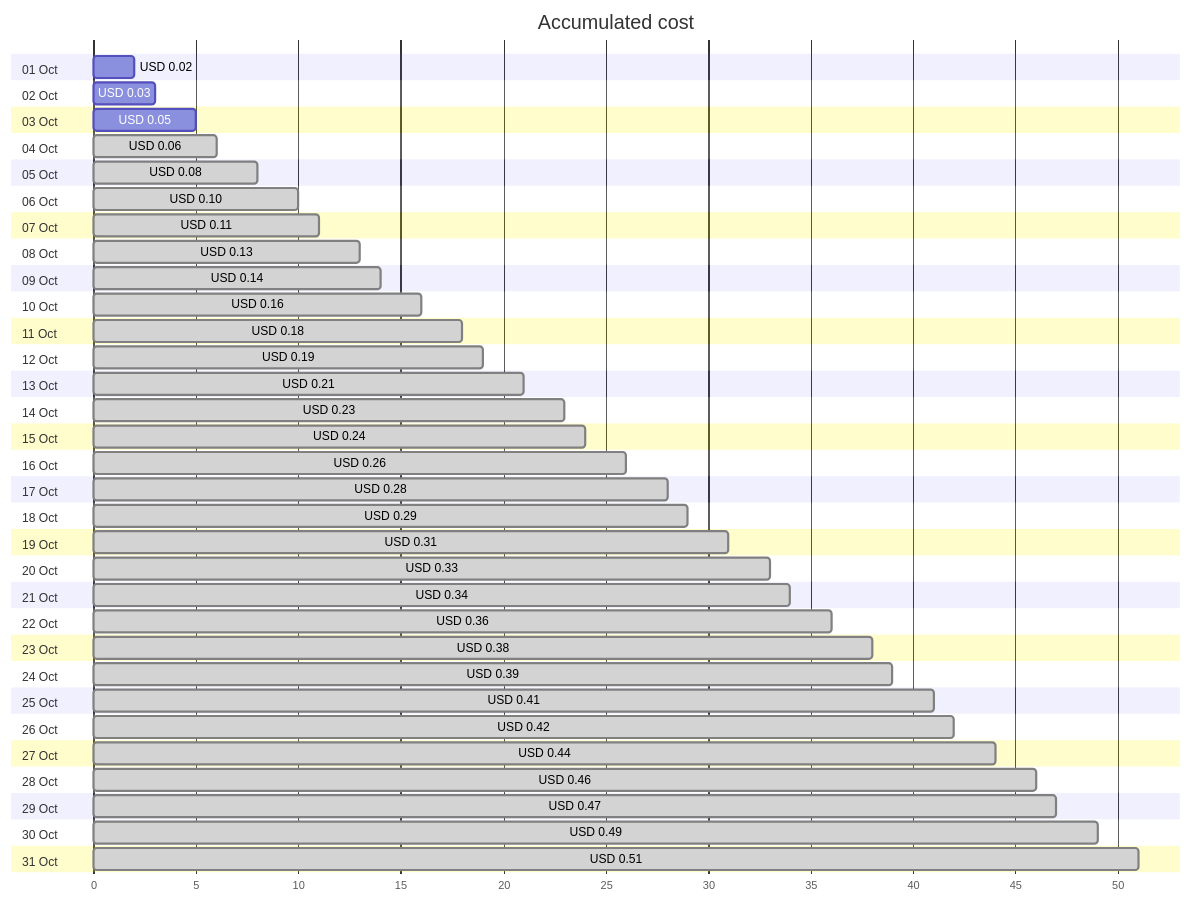
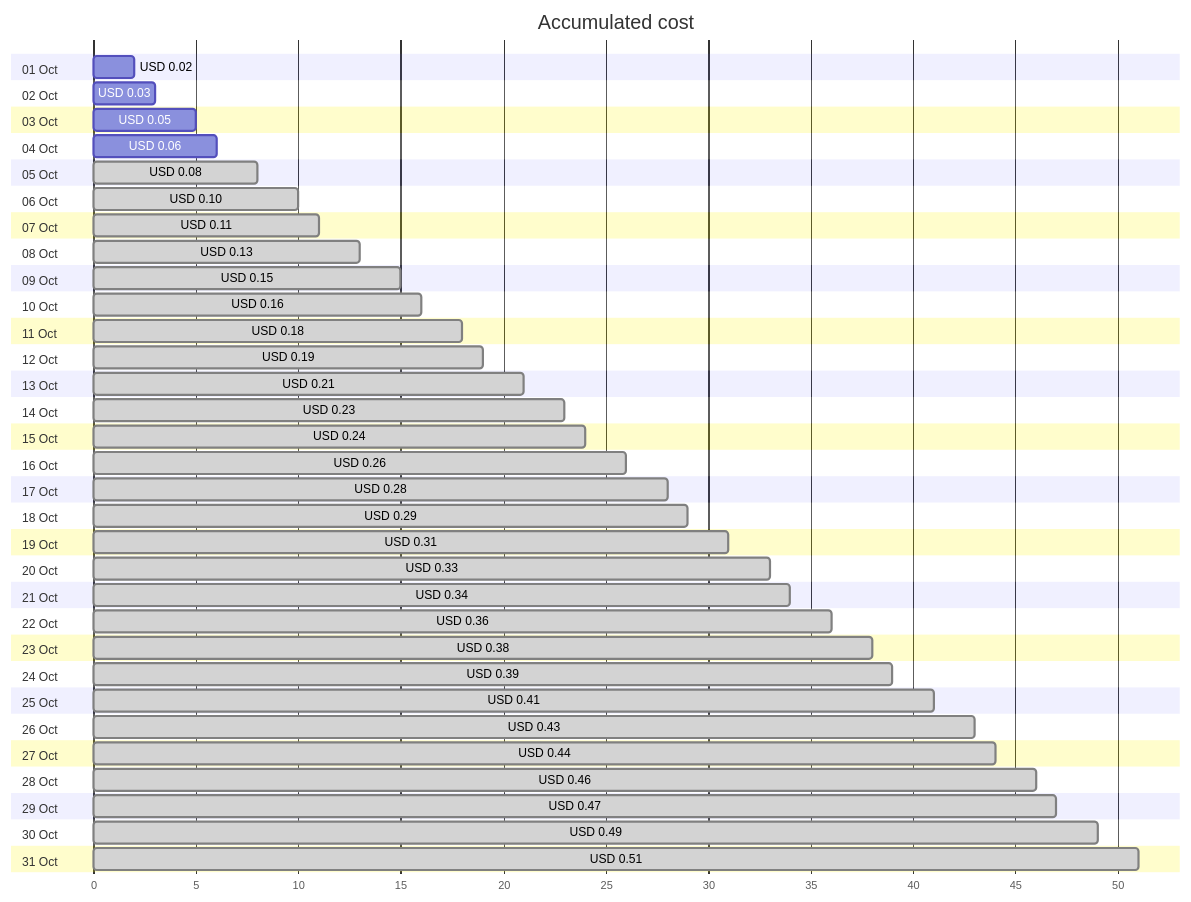
The first of 4 diagrams in cost-reports/personal-dns/jpatrickfulton.dev.md (jpfulton/azure-personal-reports), drawn with Mermaid before and after one commit. The commit also changed other lines of this file and 2 other files, not shown here.

````diff
--- a/cost-reports/personal-dns/jpatrickfulton.dev.md
+++ b/cost-reports/personal-dns/jpatrickfulton.dev.md
@@ -20,68 +20,68 @@
 ```mermaid
 gantt
    title Accumulated cost
    dateFormat  X
    axisFormat %s
    section 01 Oct
    USD 0.02 :0, 2
    section 02 Oct
    USD 0.03 :0, 3
    section 03 Oct
    USD 0.05 :0, 5
    section 04 Oct
-   USD 0.06 : done, 0, 6
+   USD 0.06 :0, 6
    section 05 Oct
    USD 0.08 : done, 0, 8
    section 06 Oct
    USD 0.10 : done, 0, 10
    section 07 Oct
    USD 0.11 : done, 0, 11
    section 08 Oct
    USD 0.13 : done, 0, 13
    section 09 Oct
-   USD 0.14 : done, 0, 14
+   USD 0.15 : done, 0, 15
    section 10 Oct
    USD 0.16 : done, 0, 16
    section 11 Oct
    USD 0.18 : done, 0, 18
    section 12 Oct
    USD 0.19 : done, 0, 19
    section 13 Oct
    USD 0.21 : done, 0, 21
    section 14 Oct
    USD 0.23 : done, 0, 23
    section 15 Oct
    USD 0.24 : done, 0, 24
    section 16 Oct
    USD 0.26 : done, 0, 26
    section 17 Oct
    USD 0.28 : done, 0, 28
    section 18 Oct
    USD 0.29 : done, 0, 29
    section 19 Oct
    USD 0.31 : done, 0, 31
    section 20 Oct
    USD 0.33 : done, 0, 33
    section 21 Oct
    USD 0.34 : done, 0, 34
    section 22 Oct
    USD 0.36 : done, 0, 36
    section 23 Oct
    USD 0.38 : done, 0, 38
    section 24 Oct
    USD 0.39 : done, 0, 39
    section 25 Oct
    USD 0.41 : done, 0, 41
    section 26 Oct
-   USD 0.42 : done, 0, 42
+   USD 0.43 : done, 0, 43
    section 27 Oct
    USD 0.44 : done, 0, 44
    section 28 Oct
    USD 0.46 : done, 0, 46
    section 29 Oct
    USD 0.47 : done, 0, 47
    section 30 Oct
    USD 0.49 : done, 0, 49
    section 31 Oct
    USD 0.51 : done, 0, 51
 ```
````
